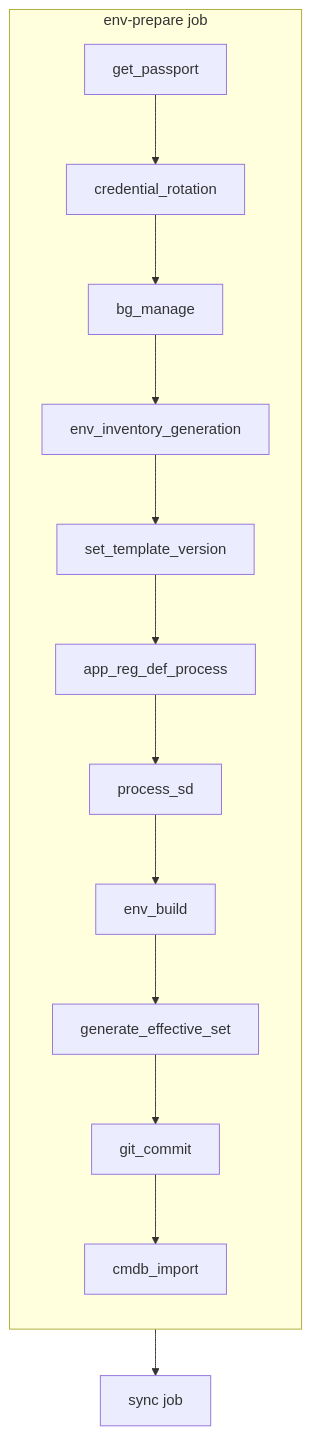
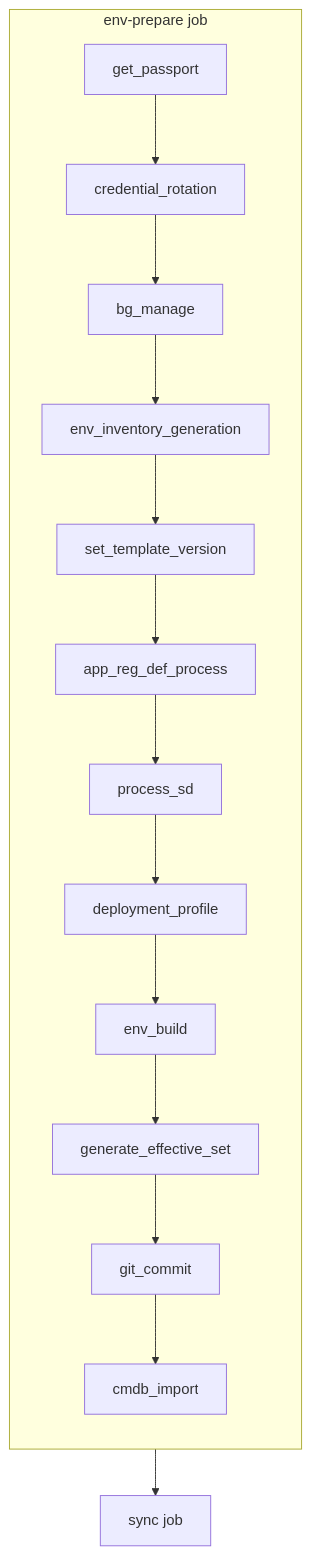
One commit to Netcracker/qubership-envgene changed the diagram in docs/envgene-pipelines.md. Above: the diagram before and after it, drawn with Mermaid. The commit also changed other lines of this file and 22 other files, not shown here.

````diff
--- a/docs/envgene-pipelines.md
+++ b/docs/envgene-pipelines.md
@@ -30,17 +30,18 @@
 ```mermaid
 flowchart TB
     subgraph env_prepare["env-prepare job"]
         direction TB
         A[get_passport] --> B[credential_rotation]
         B --> C[bg_manage]
         C --> D[env_inventory_generation]
         D --> SV[set_template_version]
         SV --> E[app_reg_def_process]
         E --> F[process_sd]
-        F --> G[env_build]
+        F --> DP[deployment_profile]
+        DP --> G[env_build]
         G --> H[generate_effective_set]
         H --> I[git_commit]
         I --> J[cmdb_import]
     end
     env_prepare --> sync["sync job"]
 ```
````
